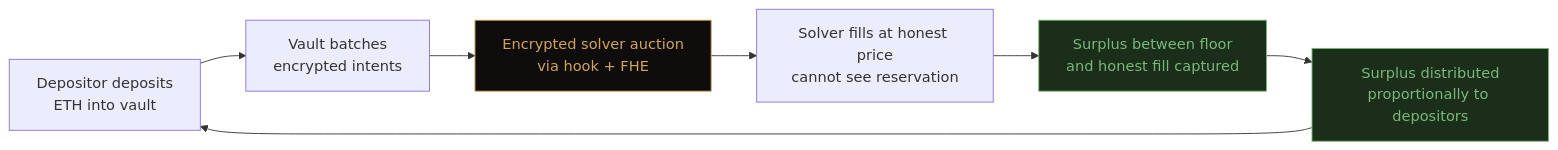
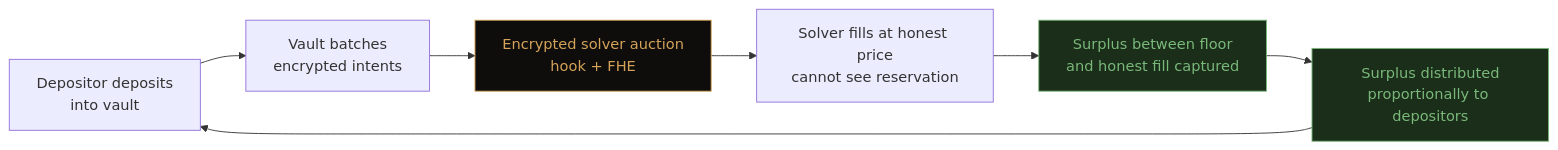
Before and after one commit to anxbt/GhostSwap: the sixth of 6 diagrams in README.md, drawn with Mermaid. The commit also changed other lines of this file, not shown here.

````diff
--- a/README.md
+++ b/README.md
@@ -161,13 +239,12 @@
 ```mermaid
 graph LR
-    A[Depositor deposits<br/>ETH into vault] --> B[Vault batches<br/>encrypted intents]
-    B --> C[Encrypted solver auction<br/>via hook + FHE]
+    A[Depositor deposits<br/>into vault] --> B[Vault batches<br/>encrypted intents]
+    B --> C[Encrypted solver auction<br/>hook + FHE]
     C --> D[Solver fills at honest price<br/>cannot see reservation]
     D --> E[Surplus between floor<br/>and honest fill captured]
     E --> F[Surplus distributed<br/>proportionally to depositors]
     F --> A
-
     style C fill:#0e0d0b,stroke:#d4a359,color:#d4a359
     style E fill:#1a2e1a,stroke:#7ab87a,color:#7ab87a
     style F fill:#1a2e1a,stroke:#7ab87a,color:#7ab87a
 ```
````
